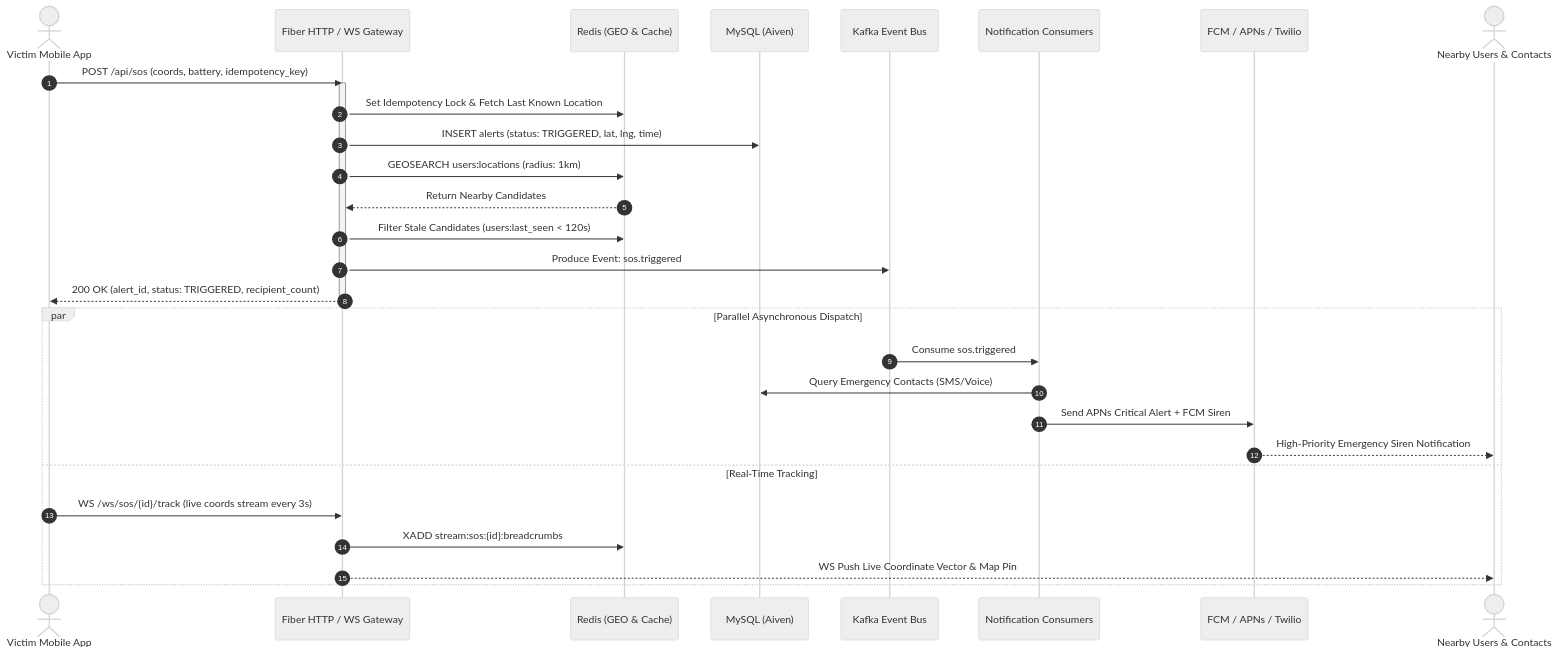
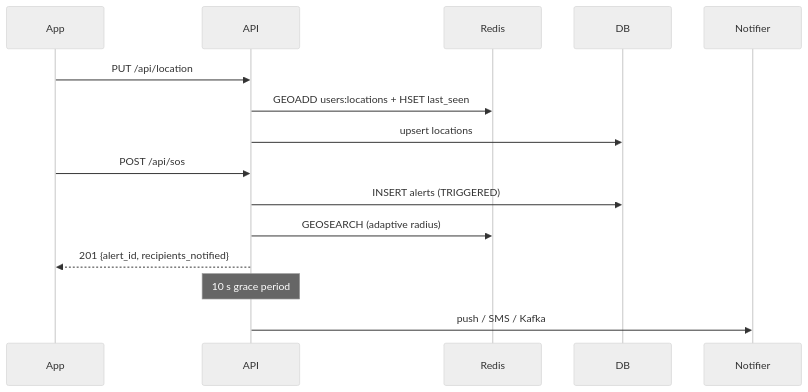
The diagram in README.md (khairulharu/sos-allert-be), drawn with Mermaid (neutral theme) before and after one commit. The commit also changed other lines of this file, not shown here.

````diff
--- a/README.md
+++ b/README.md
@@ -69,34 +20,17 @@
 ```mermaid
 sequenceDiagram
-    autonumber
-    actor Victim as Victim Mobile App
-    participant API as Fiber HTTP / WS Gateway
-    participant Redis as Redis (GEO & Cache)
-    participant DB as MySQL (Aiven)
-    participant Kafka as Kafka Event Bus
-    participant Worker as Notification Consumers
-    participant Push as FCM / APNs / Twilio
-    actor Responders as Nearby Users & Contacts
-
-    Victim->>API: POST /api/sos (coords, battery, idempotency_key)
-    activate API
-    API->>Redis: Set Idempotency Lock & Fetch Last Known Location
-    API->>DB: INSERT alerts (status: TRIGGERED, lat, lng, time)
-    API->>Redis: GEOSEARCH users:locations (radius: 1km)
-    Redis-->>API: Return Nearby Candidates
-    API->>Redis: Filter Stale Candidates (users:last_seen < 120s)
-    API->>Kafka: Produce Event: sos.triggered
-    API-->>Victim: 200 OK (alert_id, status: TRIGGERED, recipient_count)
-    deactivate API
-
-    par Parallel Asynchronous Dispatch
-        Kafka->>Worker: Consume sos.triggered
-        Worker->>DB: Query Emergency Contacts (SMS/Voice)
-        Worker->>Push: Send APNs Critical Alert + FCM Siren
-        Push-->>Responders: High-Priority Emergency Siren Notification
-    and Real-Time Tracking
-        Victim->>API: WS /ws/sos/{id}/track (live coords stream every 3s)
-        API->>Redis: XADD stream:sos:{id}:breadcrumbs
-        API-->>Responders: WS Push Live Coordinate Vector & Map Pin
-    end
+    participant App
+    participant API
+    participant Redis
+    participant DB
+    participant Notifier
+    App->>API: PUT /api/location
+    API->>Redis: GEOADD users:locations + HSET last_seen
+    API->>DB: upsert locations
+    App->>API: POST /api/sos
+    API->>DB: INSERT alerts (TRIGGERED)
+    API->>Redis: GEOSEARCH (adaptive radius)
+    API-->>App: 201 {alert_id, recipients_notified}
+    Note over API: 10 s grace period
+    API->>Notifier: push / SMS / Kafka
 ```
````
